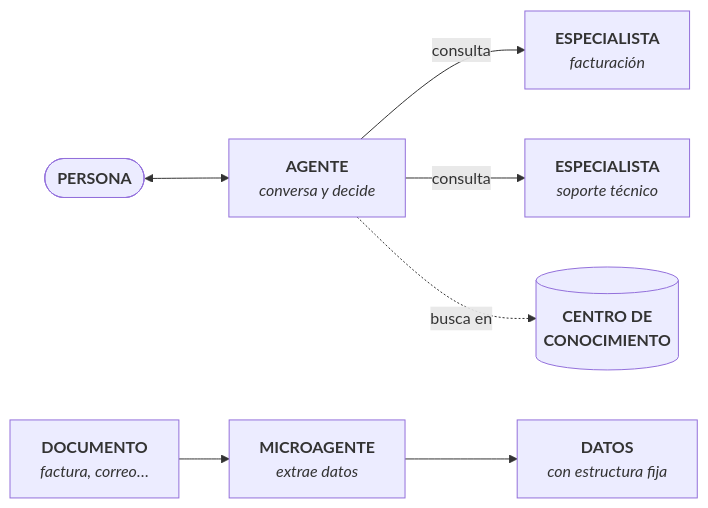
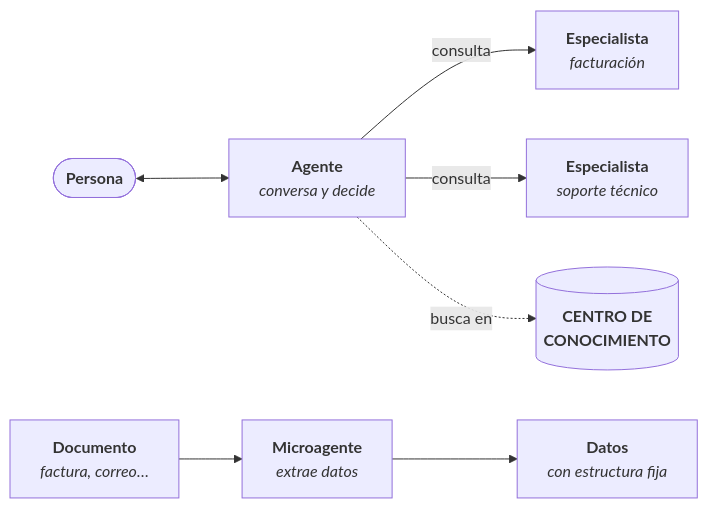
Before and after one commit to akui-solutions/consul-point-docs: the diagram in docs/control/1_estudio/estudio-overview.md, drawn with Mermaid. The commit also changed other lines of this file and 60 other files, not shown here.

````diff
--- a/docs/control/1_estudio/estudio-overview.md
+++ b/docs/control/1_estudio/estudio-overview.md
@@ -33,9 +30,9 @@
 ```mermaid
 flowchart LR
-    U(["<b>PERSONA</b>"]) <--> A["<b>AGENTE</b><br/><i>conversa y decide</i>"]
-    A -->|consulta| E1["<b>ESPECIALISTA</b><br/><i>facturación</i>"]
-    A -->|consulta| E2["<b>ESPECIALISTA</b><br/><i>soporte técnico</i>"]
+    U(["<b>Persona</b>"]) <--> A["<b>Agente</b><br/><i>conversa y decide</i>"]
+    A -->|consulta| E1["<b>Especialista</b><br/><i>facturación</i>"]
+    A -->|consulta| E2["<b>Especialista</b><br/><i>soporte técnico</i>"]
     A -.->|busca en| K[("<b>CENTRO DE<br/>CONOCIMIENTO</b>")]
-    D["<b>DOCUMENTO</b><br/><i>factura, correo…</i>"] --> M["<b>MICROAGENTE</b><br/><i>extrae datos</i>"]
-    M --> J["<b>DATOS</b><br/><i>con estructura fija</i>"]
+    D["<b>Documento</b><br/><i>factura, correo…</i>"] --> M["<b>Microagente</b><br/><i>extrae datos</i>"]
+    M --> J["<b>Datos</b><br/><i>con estructura fija</i>"]
 ```
````
